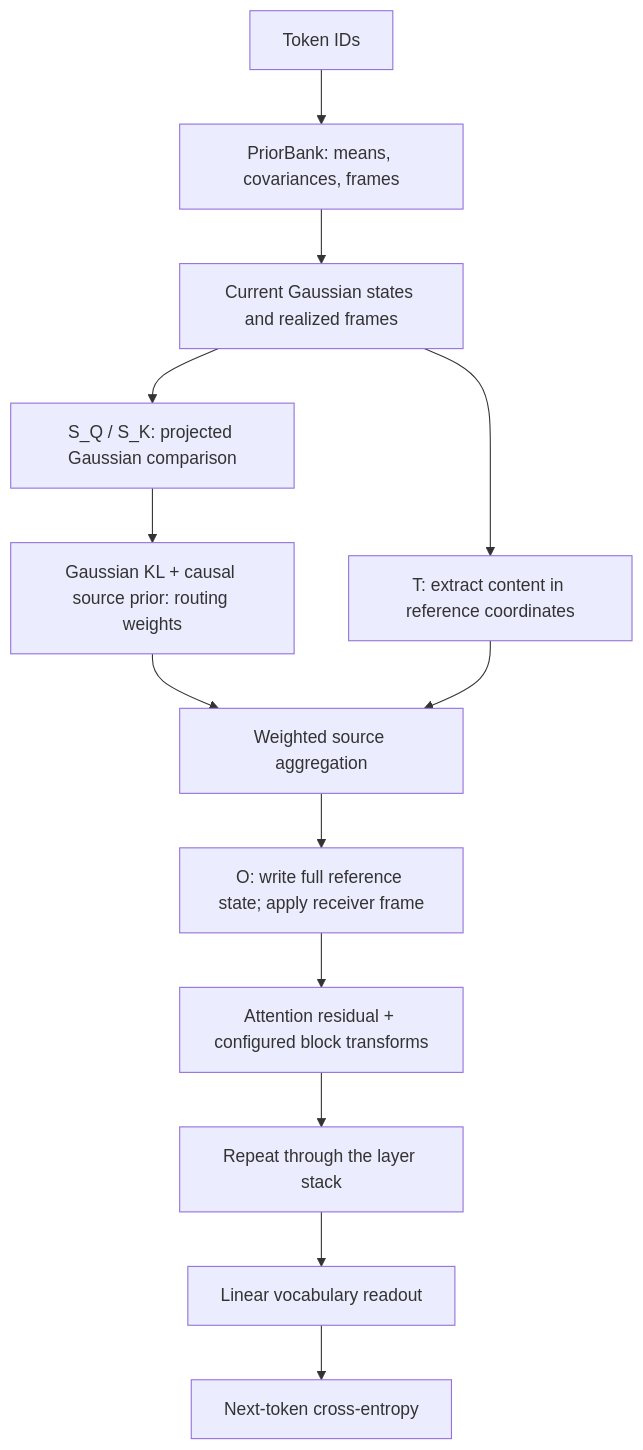
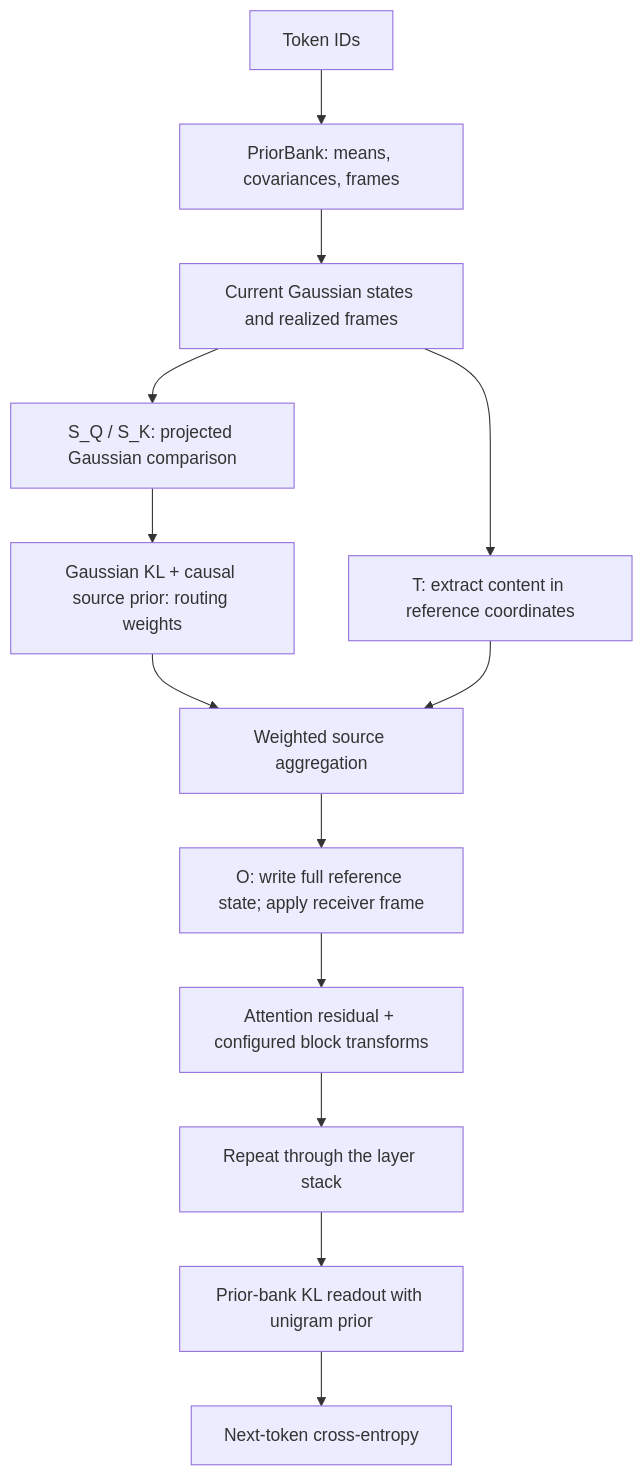
Before and after one commit to cdenn016/VFE_3.0: the diagram in README.md, drawn with Mermaid. The commit also changed other lines of this file and 69 other files, not shown here.

````diff
--- a/README.md
+++ b/README.md
@@ -23,15 +25,15 @@
 ```mermaid
 flowchart TD
     Tokens["Token IDs"] --> Bank["PriorBank: means, covariances, frames"]
     Bank --> State["Current Gaussian states and realized frames"]
     State --> Compare["S_Q / S_K: projected Gaussian comparison"]
     Compare --> Router["Gaussian KL + causal source prior: routing weights"]
     State --> Send["T: extract content in reference coordinates"]
     Router --> Pool["Weighted source aggregation"]
     Send --> Pool
     Pool --> Receive["O: write full reference state; apply receiver frame"]
     Receive --> Residual["Attention residual + configured block transforms"]
     Residual --> Next["Repeat through the layer stack"]
-    Next --> Decode["Linear vocabulary readout"]
+    Next --> Decode["Prior-bank KL readout with unigram prior"]
     Decode --> Loss["Next-token cross-entropy"]
 ```
````
